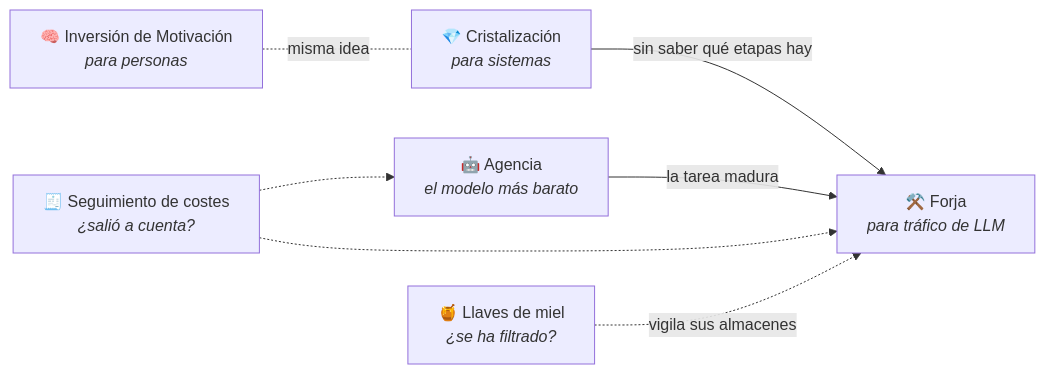
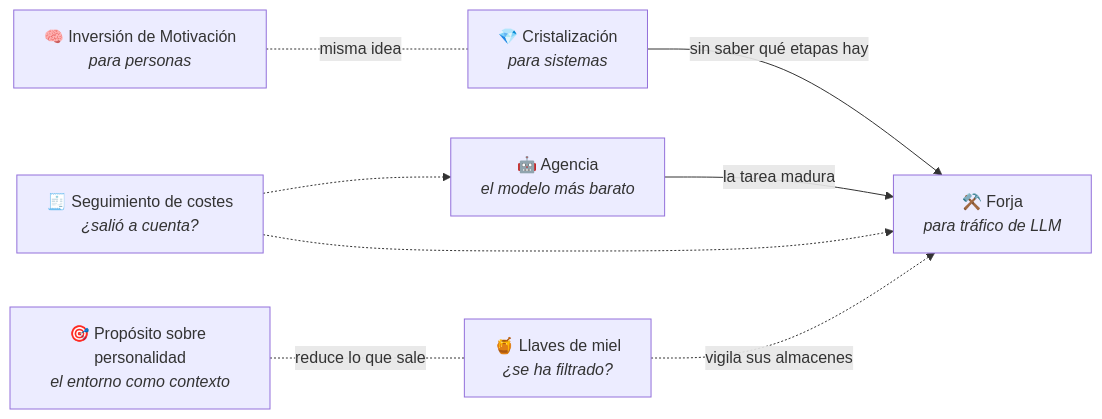
Before and after one commit to AbstractBike/SilvioMaciasSanchez: the diagram in README.md, drawn with Mermaid. The commit also changed other lines of this file and 1 other file, not shown here.

First line of the commit message:
Abstract Architectures: patrón Propósito sobre personalidad

````diff
--- a/README.md
+++ b/README.md
@@ -24,9 +25,10 @@
 ```mermaid
 flowchart LR
     IM["🧠 Inversión de Motivación<br/><i>para personas</i>"] -. "misma idea" .- CR["💎 Cristalización<br/><i>para sistemas</i>"]
     CR -->|"sin saber qué etapas hay"| FO["⚒️ Forja<br/><i>para tráfico de LLM</i>"]
     AG["🤖 Agencia<br/><i>el modelo más barato</i>"] -->|"la tarea madura"| FO
     SC["🧾 Seguimiento de costes<br/><i>¿salió a cuenta?</i>"] -.-> AG
     SC -.-> FO
     LM["🍯 Llaves de miel<br/><i>¿se ha filtrado?</i>"] -. "vigila sus almacenes" .-> FO
+    PP["🎯 Propósito sobre personalidad<br/><i>el entorno como contexto</i>"] -. "reduce lo que sale" .- LM
 ```
````
